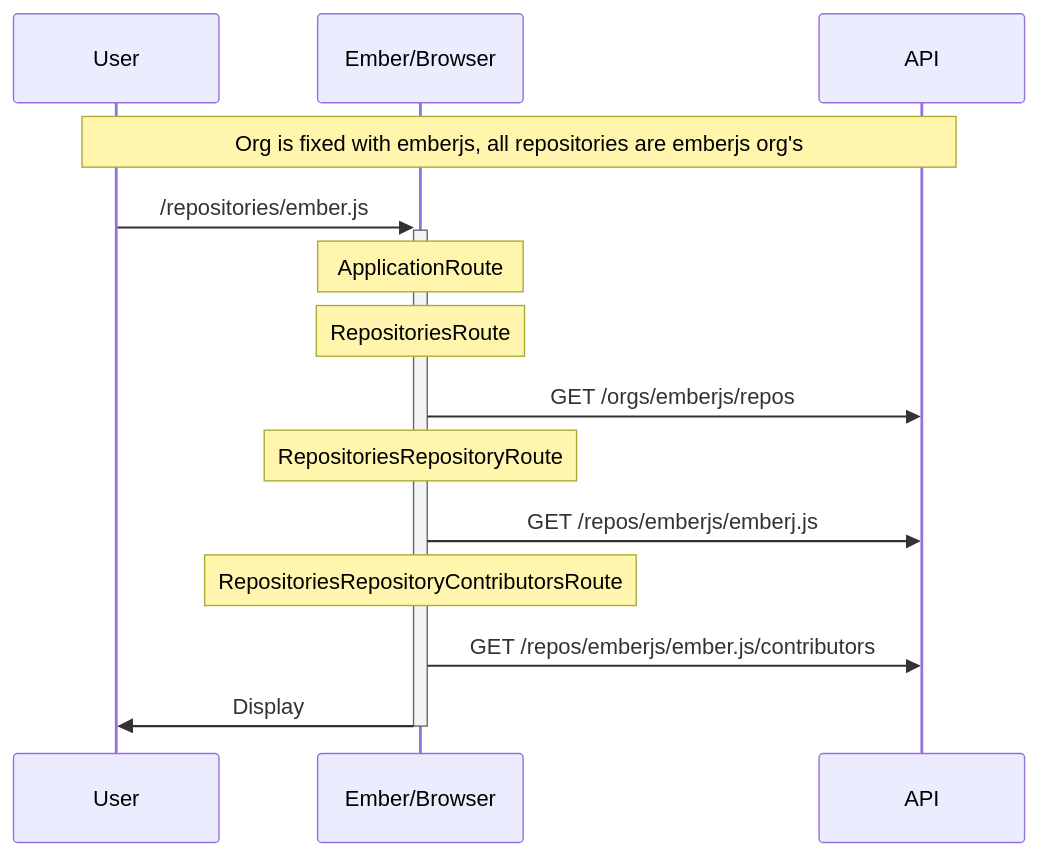
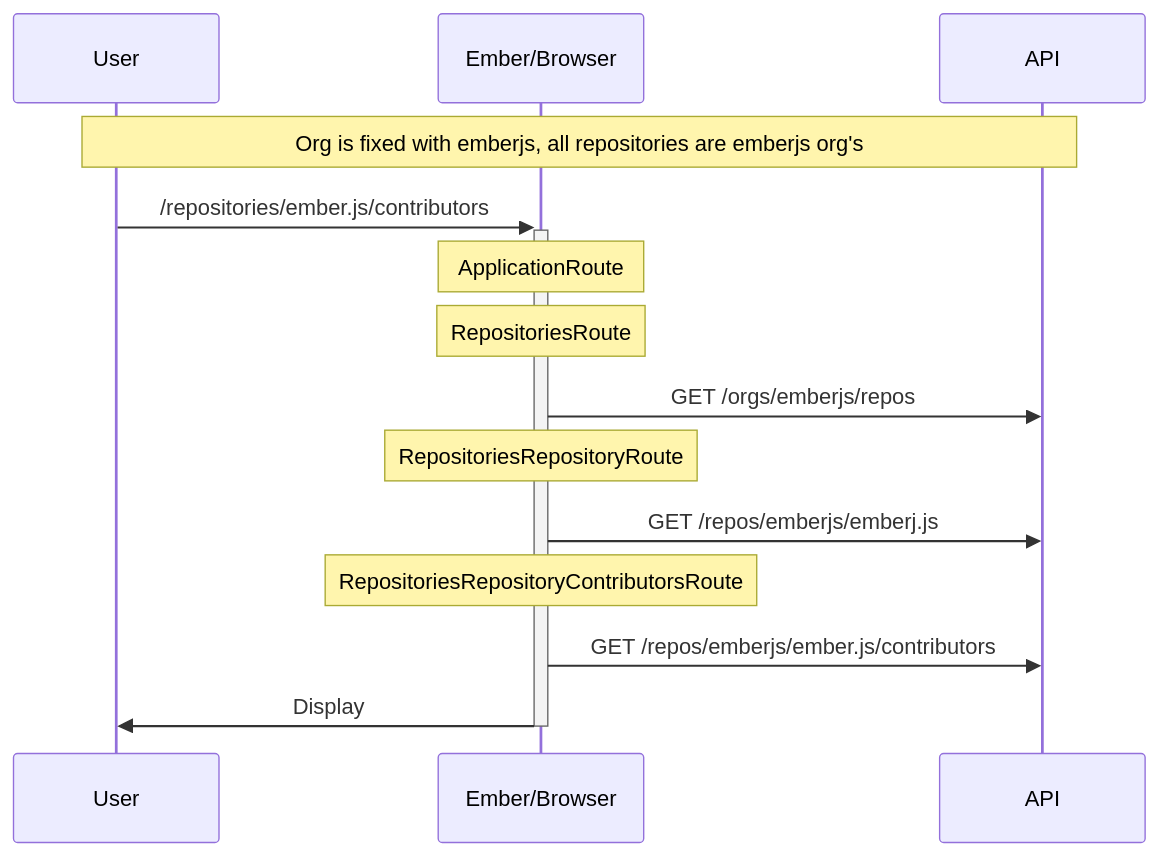
Before and after one commit to pwim/ember-tokyo-reborn: the diagram in mmd/contributors-route.mmd, drawn with Mermaid. The commit also changed 4 other files, not shown here.

```diff
--- a/mmd/contributors-route.mmd
+++ b/mmd/contributors-route.mmd
@@ -1,14 +1,14 @@
 sequenceDiagram
   participant User
   participant Ember/Browser
   participant API
 Note over User, API: Org is fixed with emberjs, all repositories are emberjs org's
-User->>+Ember/Browser: /repositories/ember.js
+User->>+Ember/Browser: /repositories/ember.js/contributors
 Note over Ember/Browser: ApplicationRoute
 Note over Ember/Browser: RepositoriesRoute
 Ember/Browser->>API: GET /orgs/emberjs/repos
 Note over Ember/Browser: RepositoriesRepositoryRoute
 Ember/Browser->>API: GET /repos/emberjs/emberj.js
 Note over Ember/Browser: RepositoriesRepositoryContributorsRoute
 Ember/Browser->>API: GET /repos/emberjs/ember.js/contributors
 Ember/Browser->>-User: Display
```
